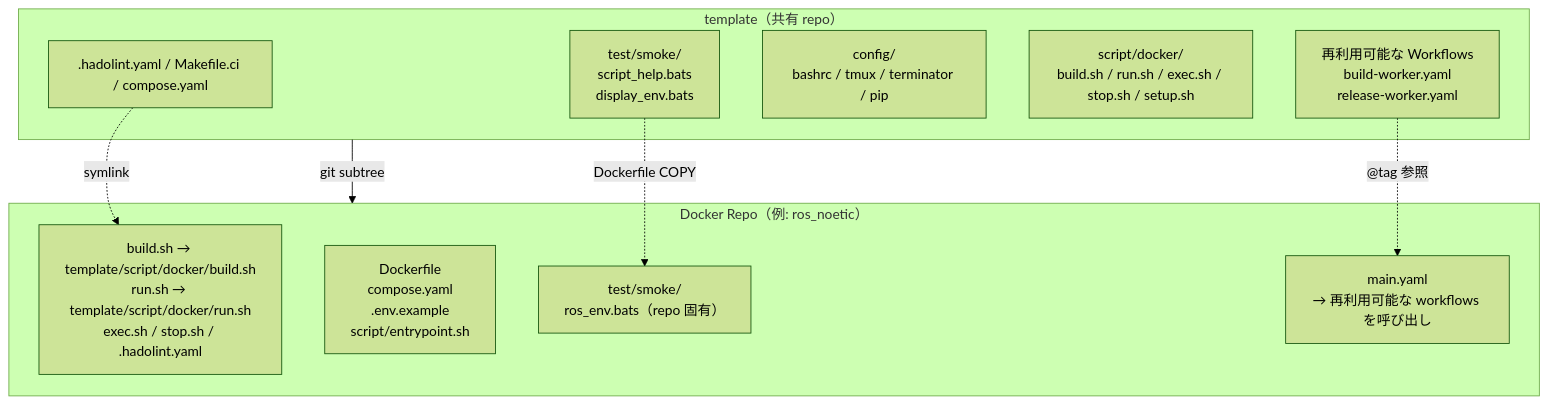
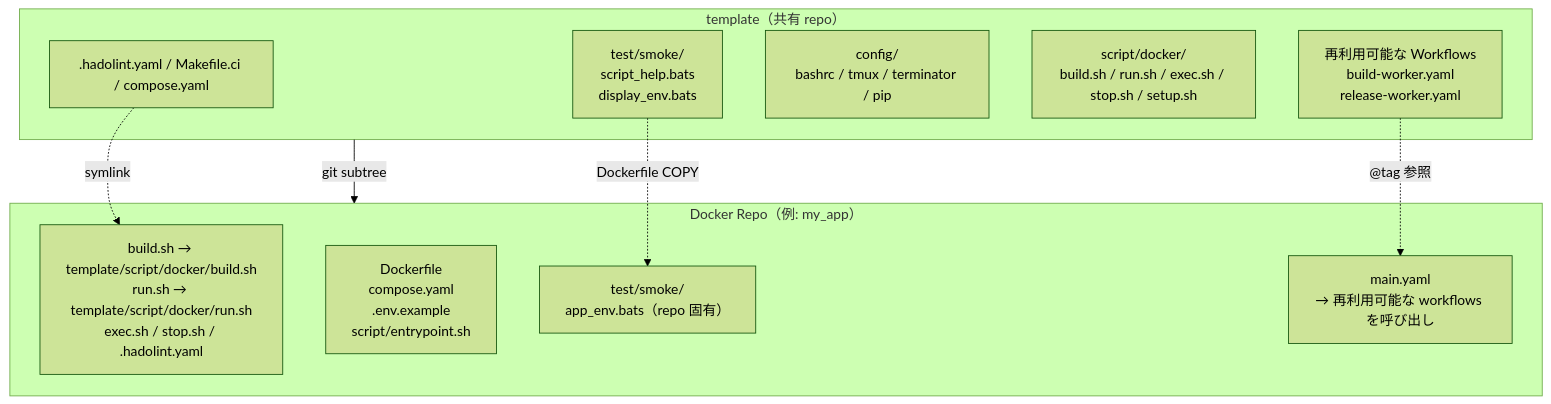
Before and after one commit to ycpss91255-docker/base: the first of 2 diagrams in doc/readme/README.ja.md, drawn with Mermaid (forest theme). The commit also changed other lines of this file and 11 other files, not shown here.

````diff
--- a/doc/readme/README.ja.md
+++ b/doc/readme/README.ja.md
@@ -56,22 +56,22 @@
 ```mermaid
 graph TB
     subgraph template["template（共有 repo）"]
         scripts[".hadolint.yaml / Makefile.ci / compose.yaml"]
         smoke["test/smoke/<br/>script_help.bats<br/>display_env.bats"]
         config["config/<br/>bashrc / tmux / terminator / pip"]
         mgmt["script/docker/<br/>build.sh / run.sh / exec.sh / stop.sh / setup.sh"]
         workflows["再利用可能な Workflows<br/>build-worker.yaml<br/>release-worker.yaml"]
     end
 
-    subgraph consumer["Docker Repo（例: ros_noetic）"]
+    subgraph consumer["Docker Repo（例: my_app）"]
         symlinks["build.sh → template/script/docker/build.sh<br/>run.sh → template/script/docker/run.sh<br/>exec.sh / stop.sh / .hadolint.yaml"]
         dockerfile["Dockerfile<br/>compose.yaml<br/>.env.example<br/>script/entrypoint.sh"]
-        repo_test["test/smoke/<br/>ros_env.bats（repo 固有）"]
+        repo_test["test/smoke/<br/>app_env.bats（repo 固有）"]
         main_yaml["main.yaml<br/>→ 再利用可能な workflows を呼び出し"]
     end
 
     template -- "git subtree" --> consumer
     scripts -. "symlink" .-> symlinks
     smoke -. "Dockerfile COPY" .-> repo_test
     workflows -. "@tag 参照" .-> main_yaml
 ```
````
